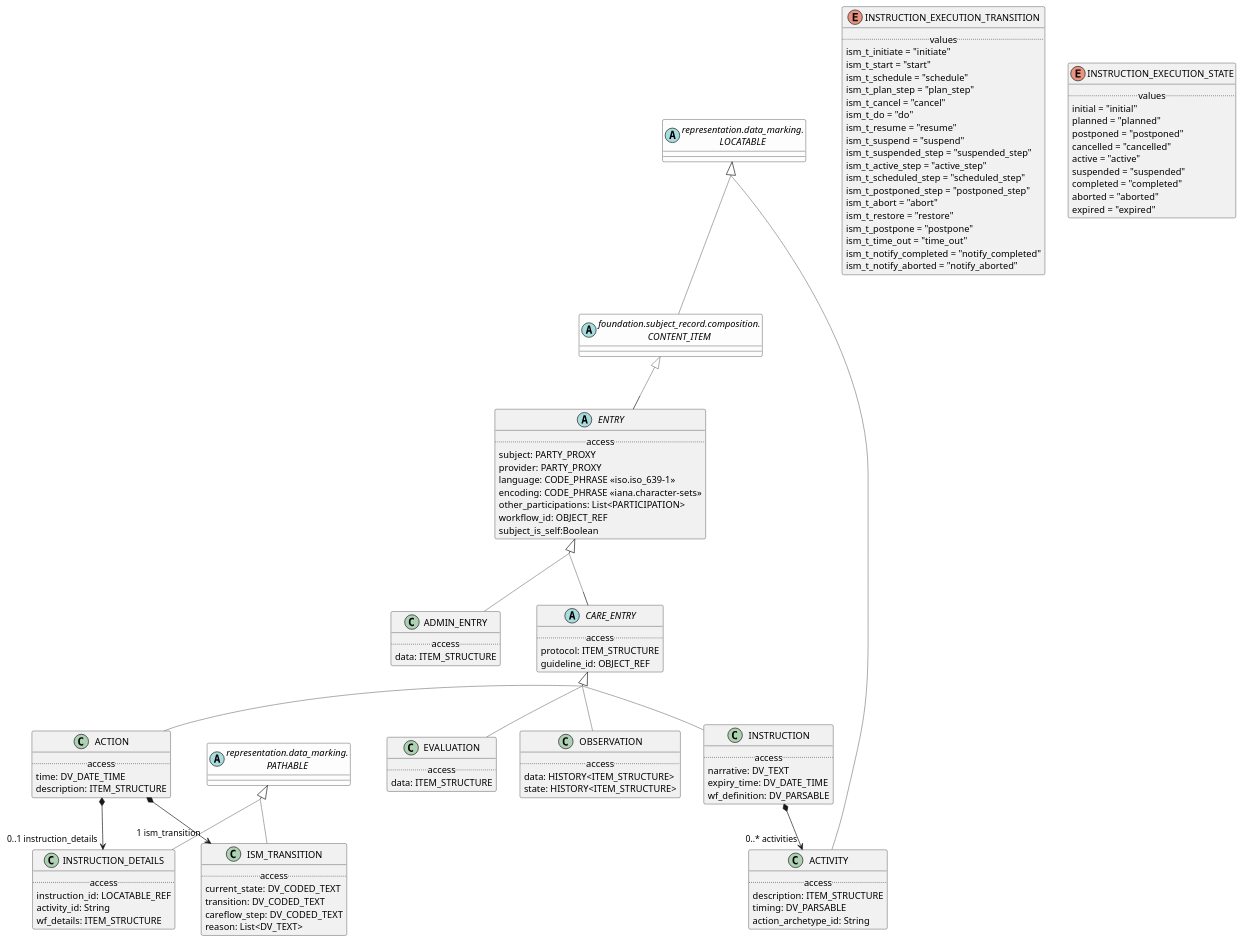
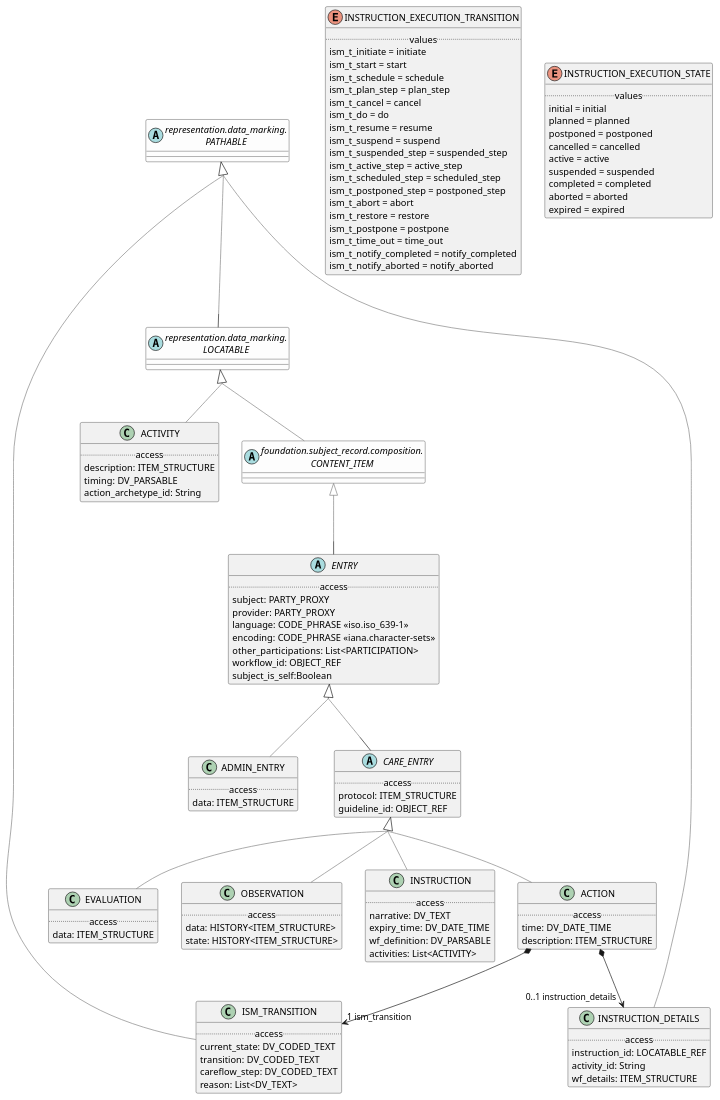
The diagram in modules/ROOT/examples/bmm/foundation/subject_record/statement/statement-package-uml.adoc (wolandscat/openehr-doc), drawn with PlantUML before and after one commit. The commit also changed 2355 other files, not shown here.

```diff
--- a/modules/ROOT/examples/bmm/foundation/subject_record/statement/statement-package-uml.adoc
+++ b/modules/ROOT/examples/bmm/foundation/subject_record/statement/statement-package-uml.adoc
@@ -3,10 +3,10 @@
-[plantuml,opts=interactive]
+[plantuml,opts=interactive,link=self]
 ....
 skinparam groupInheritance 2
 skinparam citedClassColor #FDFDFD
 
 
-abstract class ENTRY [[/splashlang-doc/latest/foundation/foundation-subject_record.html#_class_entry]] {
+abstract class ENTRY [[/openehr-doc/latest/foundation/subject_record-gen.html#_class_entry]] {
         .. access ..
         subject: PARTY_PROXY
         provider: PARTY_PROXY
@@ -17,10 +17,10 @@
         subject_is_self:Boolean
 }
 
-CONTENT_ITEM <|-[#gray]- ENTRY
+ENTRY -[#gray]up-|> CONTENT_ITEM  
 
 
-class ISM_TRANSITION [[/splashlang-doc/latest/foundation/foundation-subject_record.html#_class_ism_transition]] {
+class ISM_TRANSITION [[/openehr-doc/latest/foundation/subject_record-gen.html#_class_ism_transition]] {
         .. access ..
         current_state: DV_CODED_TEXT
         transition: DV_CODED_TEXT
@@ -28,129 +28,132 @@
         reason: List<DV_TEXT>
 }
 
-PATHABLE <|-[#gray]- ISM_TRANSITION
+ISM_TRANSITION -[#gray]up-|> PATHABLE  
 
 
-enum INSTRUCTION_EXECUTION_TRANSITION [[/splashlang-doc/latest/foundation/foundation-subject_record.html#_class_instruction_execution_transition]] {
+enum INSTRUCTION_EXECUTION_TRANSITION [[/openehr-doc/latest/foundation/subject_record-gen.html#_class_instruction_execution_transition]] {
         .. values ..
-        ism_t_initiate = "initiate"
-        ism_t_start = "start"
-        ism_t_schedule = "schedule"
-        ism_t_plan_step = "plan_step"
-        ism_t_cancel = "cancel"
-        ism_t_do = "do"
-        ism_t_resume = "resume"
-        ism_t_suspend = "suspend"
-        ism_t_suspended_step = "suspended_step"
-        ism_t_active_step = "active_step"
-        ism_t_scheduled_step = "scheduled_step"
-        ism_t_postponed_step = "postponed_step"
-        ism_t_abort = "abort"
-        ism_t_restore = "restore"
-        ism_t_postpone = "postpone"
-        ism_t_time_out = "time_out"
-        ism_t_notify_completed = "notify_completed"
-        ism_t_notify_aborted = "notify_aborted"
+        ism_t_initiate = initiate
+        ism_t_start = start
+        ism_t_schedule = schedule
+        ism_t_plan_step = plan_step
+        ism_t_cancel = cancel
+        ism_t_do = do
+        ism_t_resume = resume
+        ism_t_suspend = suspend
+        ism_t_suspended_step = suspended_step
+        ism_t_active_step = active_step
+        ism_t_scheduled_step = scheduled_step
+        ism_t_postponed_step = postponed_step
+        ism_t_abort = abort
+        ism_t_restore = restore
+        ism_t_postpone = postpone
+        ism_t_time_out = time_out
+        ism_t_notify_completed = notify_completed
+        ism_t_notify_aborted = notify_aborted
 }
 
-class ADMIN_ENTRY [[/splashlang-doc/latest/foundation/foundation-subject_record.html#_class_admin_entry]] {
+class ADMIN_ENTRY [[/openehr-doc/latest/foundation/subject_record-gen.html#_class_admin_entry]] {
         .. access ..
         data: ITEM_STRUCTURE
 }
 
-ENTRY <|-[#gray]- ADMIN_ENTRY
+ADMIN_ENTRY -[#gray]up-|> ENTRY  
 
 
-class INSTRUCTION_DETAILS [[/splashlang-doc/latest/foundation/foundation-subject_record.html#_class_instruction_details]] {
+class INSTRUCTION_DETAILS [[/openehr-doc/latest/foundation/subject_record-gen.html#_class_instruction_details]] {
         .. access ..
         instruction_id: LOCATABLE_REF
         activity_id: String
         wf_details: ITEM_STRUCTURE
 }
 
-PATHABLE <|-[#gray]- INSTRUCTION_DETAILS
+INSTRUCTION_DETAILS -[#gray]up-|> PATHABLE  
 
 
-class INSTRUCTION [[/splashlang-doc/latest/foundation/foundation-subject_record.html#_class_instruction]] {
+class INSTRUCTION [[/openehr-doc/latest/foundation/subject_record-gen.html#_class_instruction]] {
         .. access ..
         narrative: DV_TEXT
         expiry_time: DV_DATE_TIME
         wf_definition: DV_PARSABLE
+        activities: List<ACTIVITY>
 }
 
-CARE_ENTRY <|-[#gray]- INSTRUCTION
+INSTRUCTION -[#gray]up-|> CARE_ENTRY  
 
 
-INSTRUCTION *--> "0..* activities" ACTIVITY
-
-enum INSTRUCTION_EXECUTION_STATE [[/splashlang-doc/latest/foundation/foundation-subject_record.html#_class_instruction_execution_state]] {
+enum INSTRUCTION_EXECUTION_STATE [[/openehr-doc/latest/foundation/subject_record-gen.html#_class_instruction_execution_state]] {
         .. values ..
-        initial = "initial"
-        planned = "planned"
-        postponed = "postponed"
-        cancelled = "cancelled"
-        active = "active"
-        suspended = "suspended"
-        completed = "completed"
-        aborted = "aborted"
-        expired = "expired"
+        initial = initial
+        planned = planned
+        postponed = postponed
+        cancelled = cancelled
+        active = active
+        suspended = suspended
+        completed = completed
+        aborted = aborted
+        expired = expired
 }
 
-class ACTIVITY [[/splashlang-doc/latest/foundation/foundation-subject_record.html#_class_activity]] {
+class ACTIVITY [[/openehr-doc/latest/foundation/subject_record-gen.html#_class_activity]] {
         .. access ..
         description: ITEM_STRUCTURE
         timing: DV_PARSABLE
         action_archetype_id: String
 }
 
-LOCATABLE <|-[#gray]- ACTIVITY
+ACTIVITY -[#gray]up-|> LOCATABLE  
 
 
-class ACTION [[/splashlang-doc/latest/foundation/foundation-subject_record.html#_class_action]] {
+class ACTION [[/openehr-doc/latest/foundation/subject_record-gen.html#_class_action]] {
         .. access ..
         time: DV_DATE_TIME
         description: ITEM_STRUCTURE
 }
 
-CARE_ENTRY <|-[#gray]- ACTION
+ACTION -[#gray]up-|> CARE_ENTRY  
 
 
 ACTION *--> "1 ism_transition" ISM_TRANSITION
 
 ACTION *--> "0..1 instruction_details" INSTRUCTION_DETAILS
 
-class EVALUATION [[/splashlang-doc/latest/foundation/foundation-subject_record.html#_class_evaluation]] {
+class EVALUATION [[/openehr-doc/latest/foundation/subject_record-gen.html#_class_evaluation]] {
         .. access ..
         data: ITEM_STRUCTURE
 }
 
-CARE_ENTRY <|-[#gray]- EVALUATION
+EVALUATION -[#gray]up-|> CARE_ENTRY  
 
 
-class OBSERVATION [[/splashlang-doc/latest/foundation/foundation-subject_record.html#_class_observation]] {
+class OBSERVATION [[/openehr-doc/latest/foundation/subject_record-gen.html#_class_observation]] {
         .. access ..
         data: HISTORY<ITEM_STRUCTURE>
         state: HISTORY<ITEM_STRUCTURE>
 }
 
-CARE_ENTRY <|-[#gray]- OBSERVATION
+OBSERVATION -[#gray]up-|> CARE_ENTRY  
 
 
-abstract class CARE_ENTRY [[/splashlang-doc/latest/foundation/foundation-subject_record.html#_class_care_entry]] {
+abstract class CARE_ENTRY [[/openehr-doc/latest/foundation/subject_record-gen.html#_class_care_entry]] {
         .. access ..
         protocol: ITEM_STRUCTURE
         guideline_id: OBJECT_REF
 }
 
-ENTRY <|-[#gray]- CARE_ENTRY
+CARE_ENTRY -[#gray]up-|> ENTRY  
 
-abstract class "foundation.subject_record.composition.\nCONTENT_ITEM" as CONTENT_ITEM  [[/splashlang-doc/latest/foundation/foundation-subject_record.html#_class_content_item]] #FDFDFD {
+abstract class "foundation.subject_record.composition.\nCONTENT_ITEM" as CONTENT_ITEM  [[/openehr-doc/latest/foundation/subject_record-gen.html#_class_content_item]] #FDFDFD {
 }
-abstract class "representation.data_marking.\nPATHABLE" as PATHABLE  [[/splashlang-doc/latest/representation/representation-data_marking.html#_class_pathable]] #FDFDFD {
+abstract class "representation.data_marking.\nPATHABLE" as PATHABLE  [[/openehr-doc/latest/representation/data_marking-gen.html#_class_pathable]] #FDFDFD {
 }
-abstract class "representation.data_marking.\nLOCATABLE" as LOCATABLE  [[/splashlang-doc/latest/representation/representation-data_marking.html#_class_locatable]] #FDFDFD {
+abstract class "representation.data_marking.\nLOCATABLE" as LOCATABLE  [[/openehr-doc/latest/representation/data_marking-gen.html#_class_locatable]] #FDFDFD {
+}
+abstract class "representation.data_marking.\nLOCATABLE" as LOCATABLE  [[/openehr-doc/latest/representation/data_marking-gen.html#_class_locatable]] #FDFDFD {
 }
 
-LOCATABLE <|-[#gray]- CONTENT_ITEM
+CONTENT_ITEM -[#gray]up-|> LOCATABLE  
+
+LOCATABLE -[#gray]up-|> PATHABLE  
 
 ....
```
